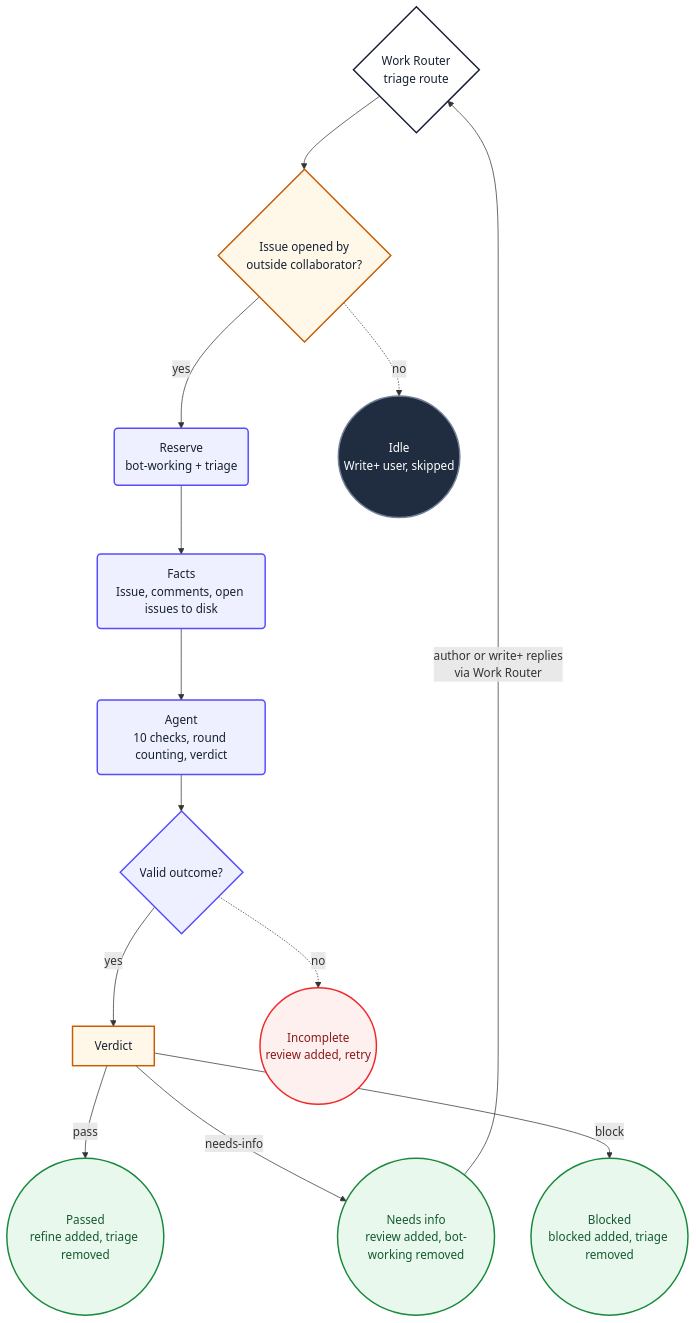
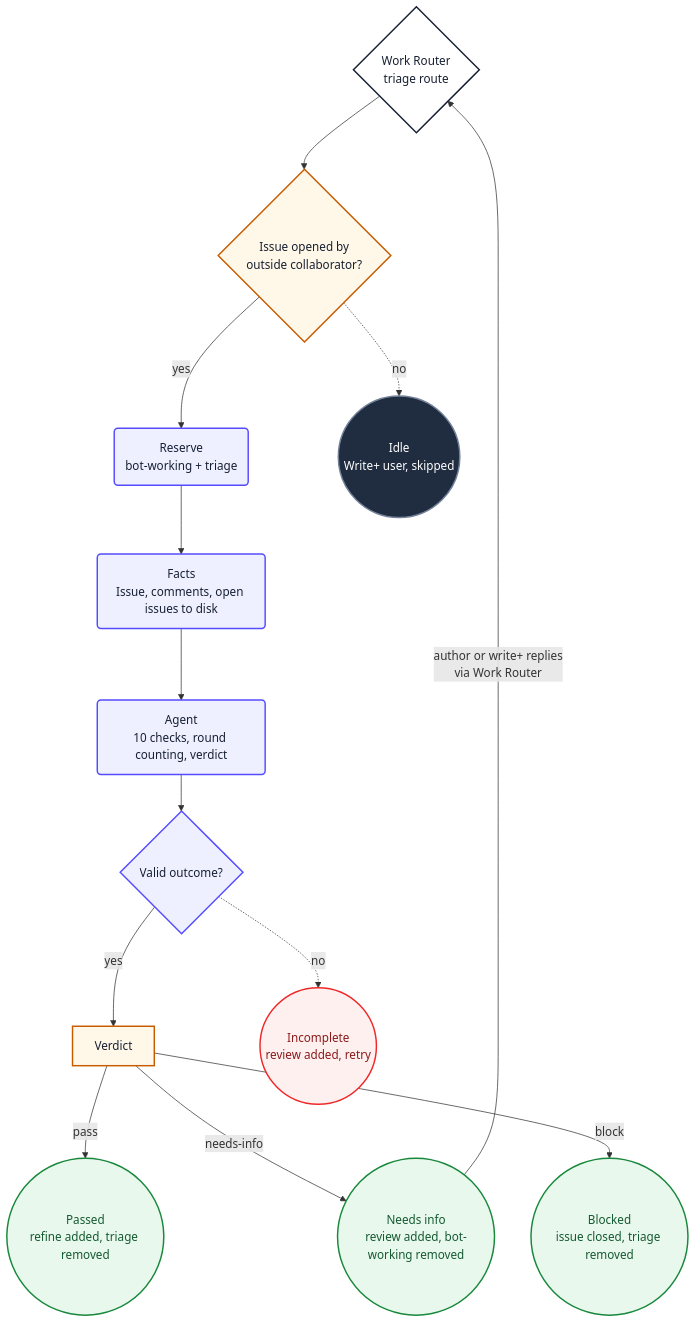
One commit to PlainConceptsPlatform/Agentic-Workflows changed the diagram in loops/workflows/agent-triage.md. Above: the diagram before and after it, drawn with Mermaid. The commit also changed other lines of this file and 7 other files, not shown here.

````diff
--- a/loops/workflows/agent-triage.md
+++ b/loops/workflows/agent-triage.md
@@ -400,34 +397,34 @@
 ```mermaid
 flowchart TD
     triStart{"Work Router<br/>triage route"} --> triPick
     triPick{"Issue opened by<br/>outside collaborator?"} -->|yes| triReserve
     triPick -.->|no| triIdle
     triReserve("Reserve<br/>bot-working + triage") --> triFacts
     triFacts("Facts<br/>Issue, comments, open issues to disk") --> triAgent
     triAgent("Agent<br/>10 checks, round counting, verdict") --> triValidate
     triValidate{"Valid outcome?"} -->|yes| triOutcome
     triValidate -.->|no| triIncomplete
     triOutcome["Verdict"] -->|pass| triPass
     triOutcome -->|needs-info| triReview
     triOutcome -->|block| triBlocked
     triPass(("Passed<br/>refine added, triage removed"))
     triReview(("Needs info<br/>review added, bot-working removed"))
     triReview -->|author or write+ replies<br/>via Work Router| triStart
-    triBlocked(("Blocked<br/>blocked added, triage removed"))
+    triBlocked(("Blocked<br/>issue closed, triage removed"))
     triIdle(("Idle<br/>Write+ user, skipped"))
     triIncomplete(("Incomplete<br/>review added, retry"))
 
     classDef start fill:#ffffff,stroke:#172033,stroke-width:2px,color:#172033
     classDef action fill:#eef0ff,stroke:#554cff,stroke-width:2px,color:#172033
     classDef decision fill:#fff8e8,stroke:#c75b00,stroke-width:2px,color:#172033
     classDef idle fill:#202c40,stroke:#738198,stroke-width:2px,color:#ffffff
     classDef failure fill:#fff0f0,stroke:#ef2929,stroke-width:2px,color:#8b1a1a
     classDef success fill:#e8f8ec,stroke:#18883c,stroke-width:2px,color:#145a32
 
     class triStart start
     class triReserve,triFacts,triAgent,triValidate action
     class triPick,triOutcome decision
     class triIdle idle
     class triIncomplete failure
     class triPass,triReview,triBlocked success
 ```
````
